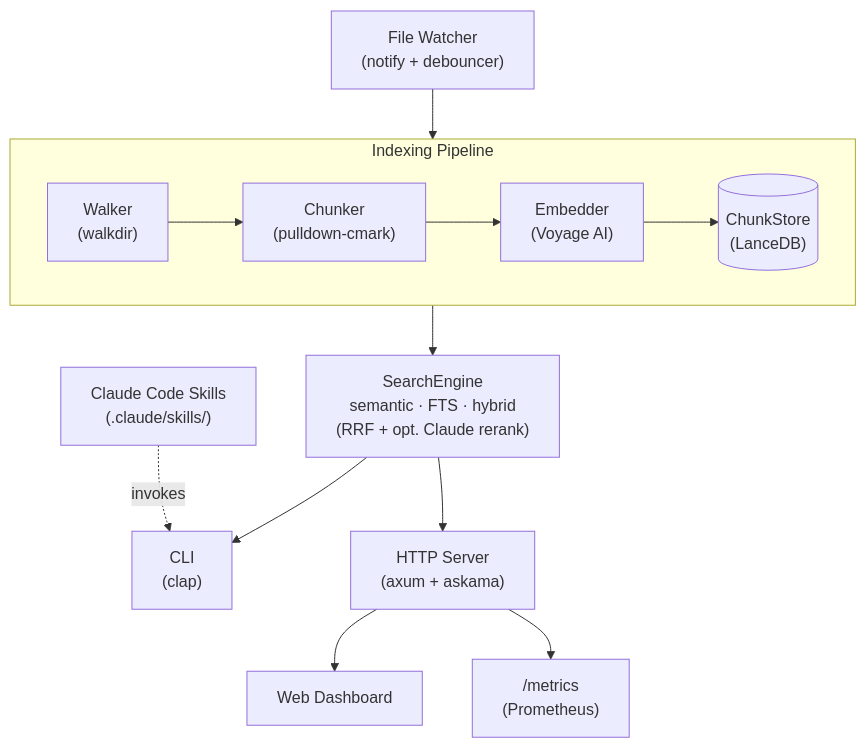
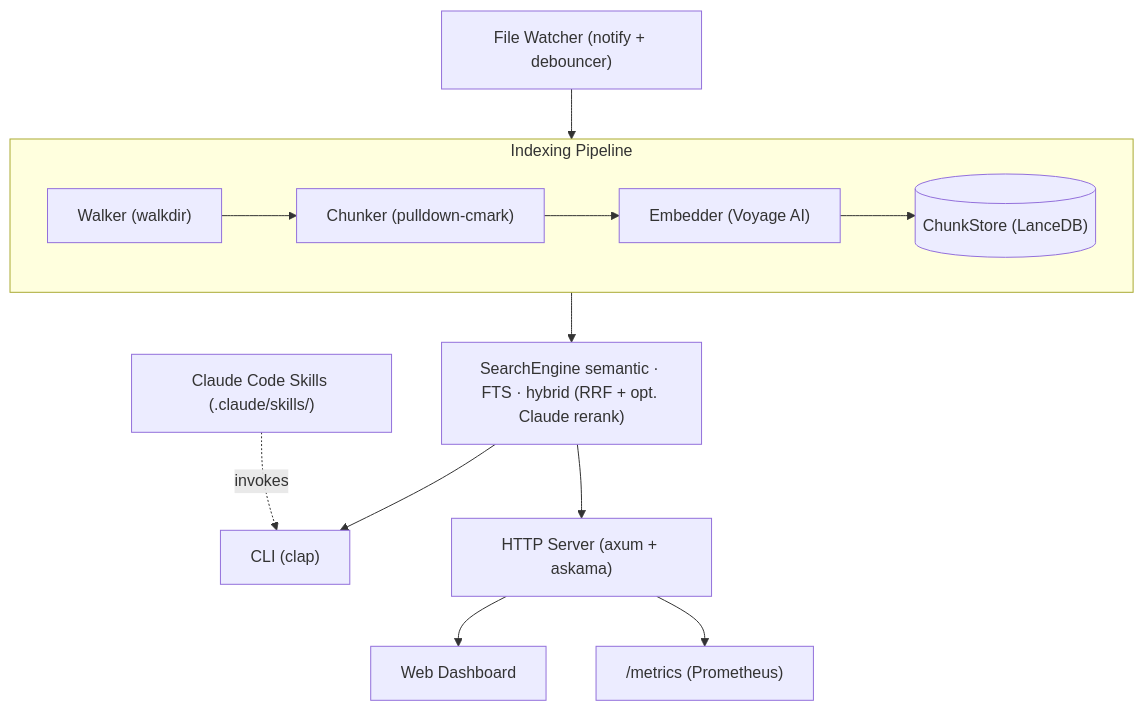
The diagram in README.md (mstump/local-index), drawn with Mermaid before and after one commit. The commit also changed other lines of this file and 23 other files, not shown here.

````diff
--- a/README.md
+++ b/README.md
@@ -17,17 +17,17 @@
 ```mermaid
 flowchart TD
-    FW["File Watcher\n(notify + debouncer)"]
+    FW["File Watcher (notify + debouncer)"]
 
     subgraph Pipeline["Indexing Pipeline"]
         direction LR
-        W["Walker\n(walkdir)"] --> C["Chunker\n(pulldown-cmark)"] --> E["Embedder\n(Voyage AI)"] --> CS[("ChunkStore\n(LanceDB)")]
+        W["Walker (walkdir)"] --> C["Chunker (pulldown-cmark)"] --> E["Embedder (Voyage AI)"] --> CS[("ChunkStore (LanceDB)")]
     end
 
     FW --> W
-    CS --> SE["SearchEngine\nsemantic · FTS · hybrid\n(RRF + opt. Claude rerank)"]
-    SE --> CLI["CLI\n(clap)"]
-    SE --> HTTP["HTTP Server\n(axum + askama)"]
+    CS --> SE["SearchEngine semantic · FTS · hybrid (RRF + opt. Claude rerank)"]
+    SE --> CLI["CLI (clap)"]
+    SE --> HTTP["HTTP Server (axum + askama)"]
     HTTP --> WD["Web Dashboard"]
-    HTTP --> PM["/metrics\n(Prometheus)"]
-    CCS["Claude Code Skills\n(.claude/skills/)"] -. invokes .-> CLI
+    HTTP --> PM["/metrics (Prometheus)"]
+    CCS["Claude Code Skills (.claude/skills/)"] -. invokes .-> CLI
 ```
````
